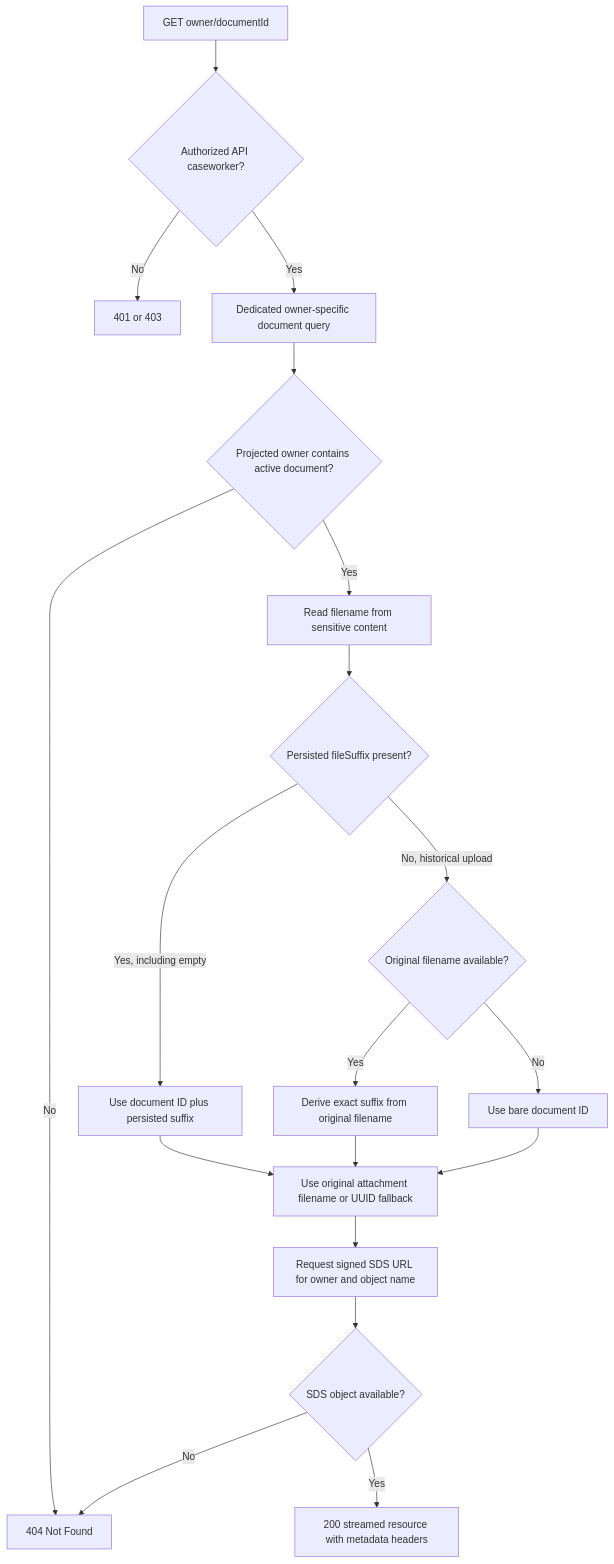
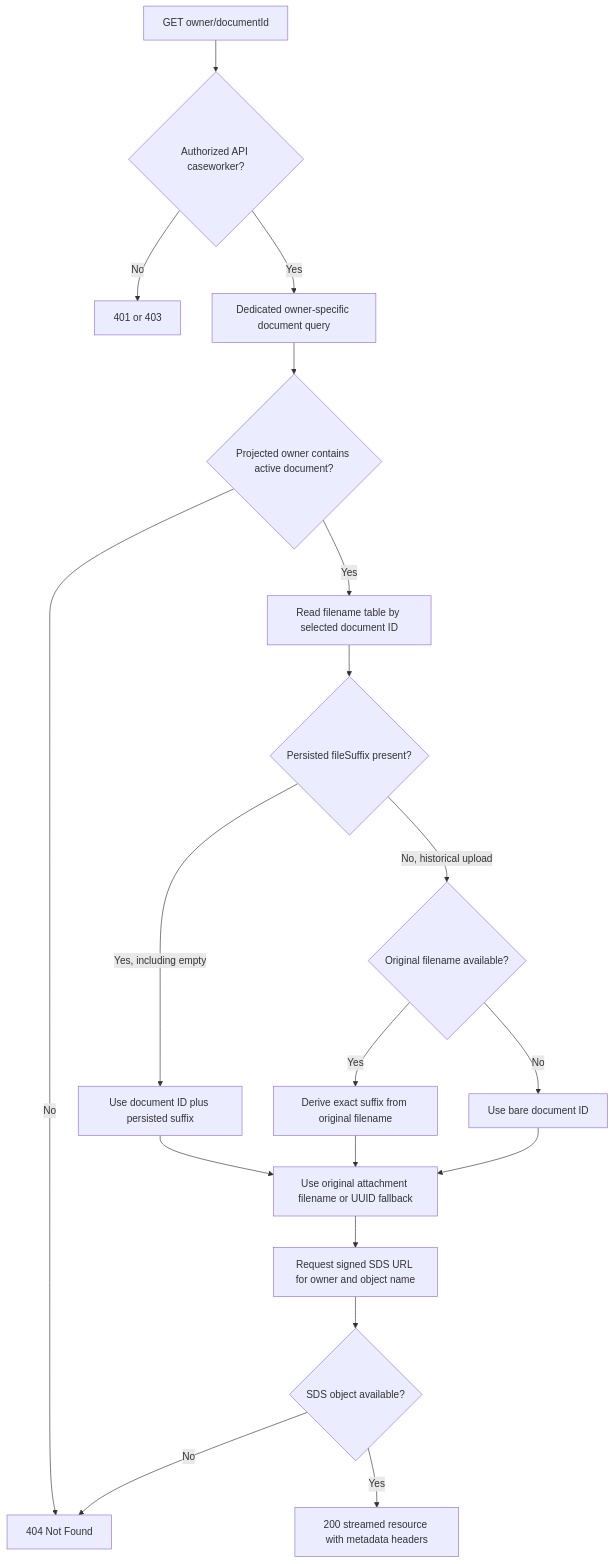
Before and after one commit to ministryofjustice/laa-data-access-api: the second of 4 diagrams in data-access-service-axon/docs/document-lifecycle.md, drawn with Mermaid. The commit also changed other lines of this file and 31 other files, not shown here.

Commit message:
feat: Changed to have an separate table record uploaded document ids and filenames to avoid having to mutuate json

````diff
--- a/data-access-service-axon/docs/document-lifecycle.md
+++ b/data-access-service-axon/docs/document-lifecycle.md
@@ -113,21 +118,21 @@
 ```mermaid
 flowchart TD
     Request[GET owner/documentId] --> Auth{Authorized API caseworker?}
     Auth -->|No| Denied[401 or 403]
     Auth -->|Yes| Query[Dedicated owner-specific document query]
     Query --> Owned{Projected owner contains active document?}
     Owned -->|No| Missing[404 Not Found]
-    Owned -->|Yes| Hydrate[Read filename from sensitive content]
+    Owned -->|Yes| Hydrate[Read filename table by selected document ID]
     Hydrate --> Suffix{Persisted fileSuffix present?}
     Suffix -->|Yes, including empty| Recorded[Use document ID plus persisted suffix]
     Suffix -->|No, historical upload| Legacy{Original filename available?}
     Legacy -->|Yes| Exact[Derive exact suffix from original filename]
     Legacy -->|No| Bare[Use bare document ID]
     Recorded --> Attachment[Use original attachment filename or UUID fallback]
     Exact --> Attachment
     Bare --> Attachment
     Attachment --> SDS[Request signed SDS URL for owner and object name]
     SDS --> Exists{SDS object available?}
     Exists -->|No| Missing
     Exists -->|Yes| Stream[200 streamed resource with metadata headers]
 ```
````
